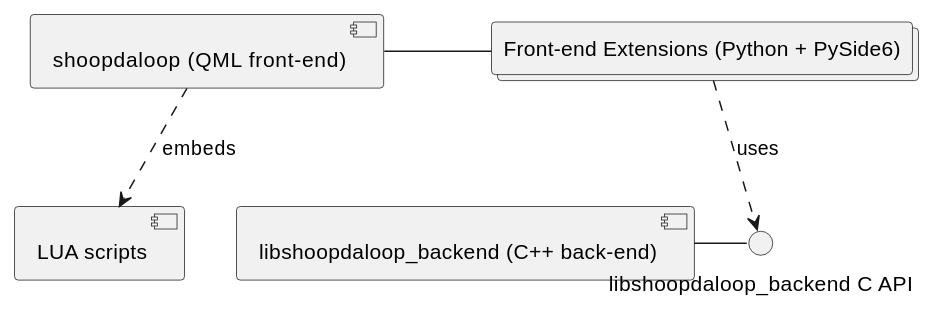
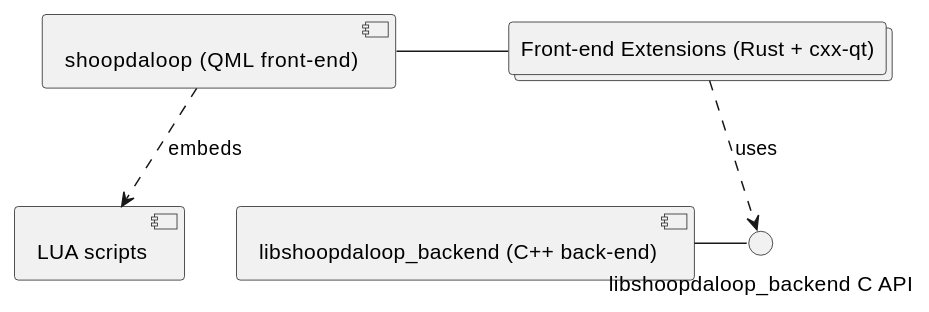
The diagram in docs/source/developers.software.rst (SanderVocke/shoopdaloop), drawn with PlantUML before and after one commit. The commit also changed other lines of this file and 323 other files, not shown here.

```diff
--- a/docs/source/developers.software.rst
+++ b/docs/source/developers.software.rst
@@ -9,23 +9,23 @@
 .. uml::
     :caption: Overall software stack
 
     component backend [
         libshoopdaloop_backend (C++ back-end)
     ]
     component frontend [
         shoopdaloop (QML front-end)
     ]
     collections extensions [
-        Front-end Extensions (Python + PySide6)
+        Front-end Extensions (Rust + cxx-qt)
     ]
     interface interface [
         libshoopdaloop_backend C API
     ]
     component scripting [
         LUA scripts
     ]
 
     backend - interface
     extensions ..> interface : uses
     frontend - extensions
     frontend ..> scripting : embeds
```
